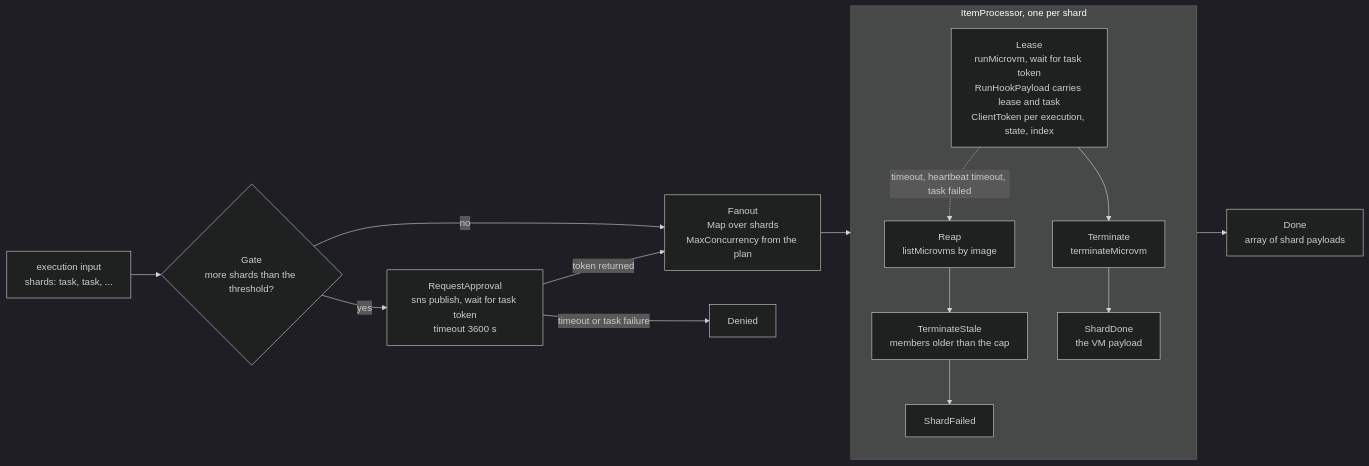
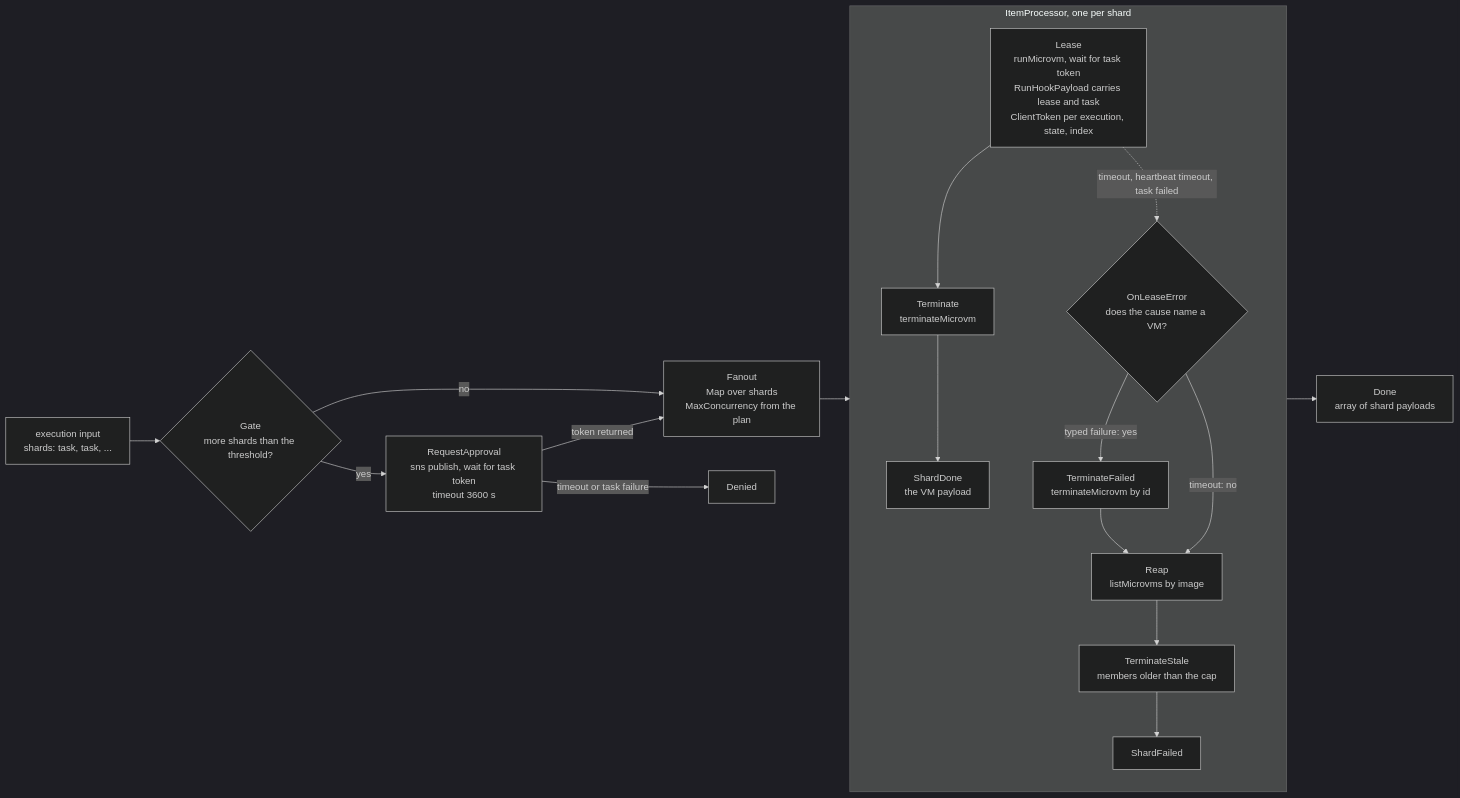
The diagram in blog/img/src/fanout-map.mmd (Vivek0712/awesome-microvm), drawn with Mermaid (dark theme) before and after one commit. The commit also changed 1 other file, not shown here.

Commit message:
blog: draw the 0.3.1 failure branch in the fan-out map figure

```diff
--- a/blog/img/src/fanout-map.mmd
+++ b/blog/img/src/fanout-map.mmd
@@ -1,14 +1,16 @@
 flowchart LR
   I["execution input<br/>shards: task, task, ..."] --> G{"Gate<br/>more shards than the threshold?"}
   G -- yes --> A["RequestApproval<br/>sns publish, wait for task token<br/>timeout 3600 s"]
   A -- token returned --> M
   A -- timeout or task failure --> D["Denied"]
   G -- no --> M["Fanout<br/>Map over shards<br/>MaxConcurrency from the plan"]
   subgraph P["ItemProcessor, one per shard"]
     direction TB
     L["Lease<br/>runMicrovm, wait for task token<br/>RunHookPayload carries lease and task<br/>ClientToken per execution, state, index"] --> T["Terminate<br/>terminateMicrovm"]
-    L -. timeout, heartbeat timeout, task failed .-> R["Reap<br/>listMicrovms by image"] --> S["TerminateStale<br/>members older than the cap"] --> F["ShardFailed"]
+    L -. timeout, heartbeat timeout, task failed .-> E{"OnLeaseError<br/>does the cause name a VM?"}
+    E -- typed failure: yes --> X["TerminateFailed<br/>terminateMicrovm by id"] --> R
+    E -- timeout: no --> R["Reap<br/>listMicrovms by image"] --> S["TerminateStale<br/>members older than the cap"] --> F["ShardFailed"]
     T --> O["ShardDone<br/>the VM payload"]
   end
   M --> P
   P --> Z["Done<br/>array of shard payloads"]
```
